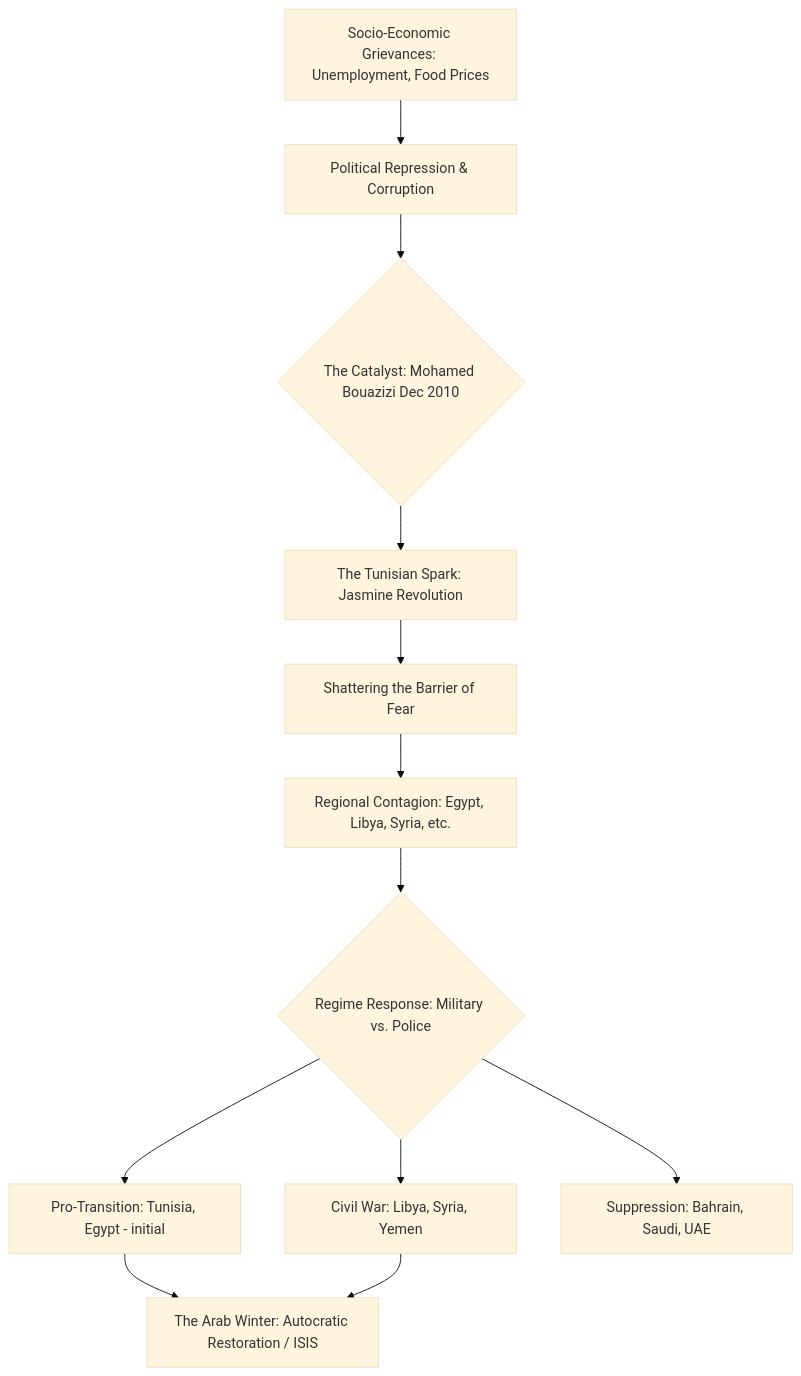
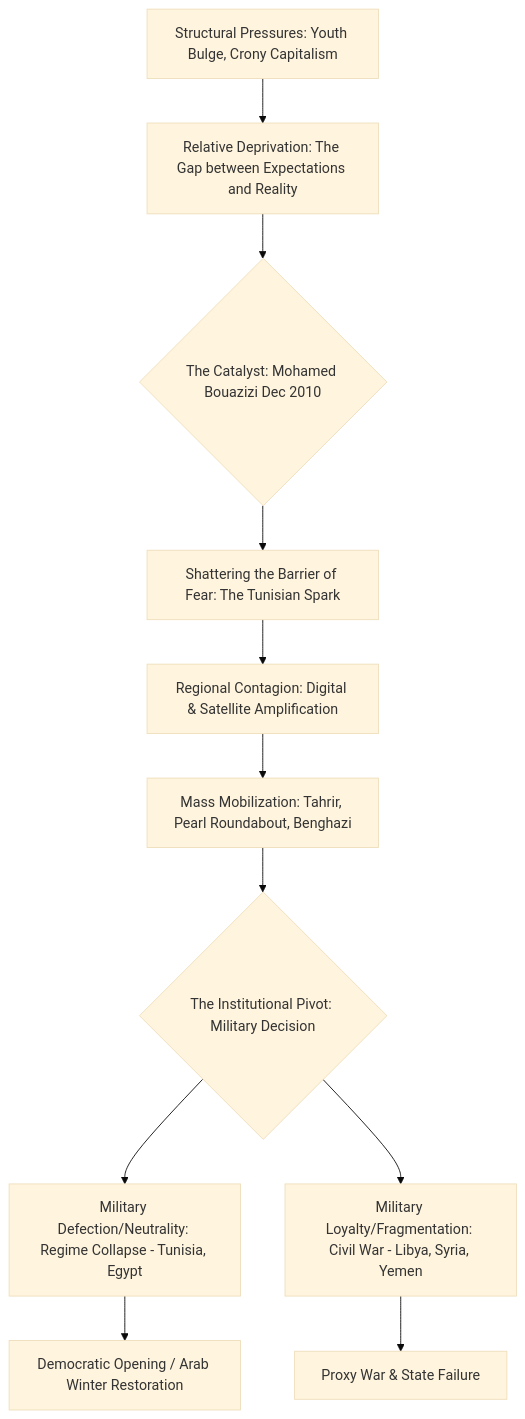
Before and after one commit to rayyan-41/de-anima: the diagram in History/Contemporary/HIST - The Arab Spring.md, drawn with Mermaid (base theme). The commit also changed other lines of this file and 3 other files, not shown here.

````diff
--- a/History/Contemporary/HIST - The Arab Spring.md
+++ b/History/Contemporary/HIST - The Arab Spring.md
@@ -38,14 +45,13 @@
 ```mermaid
 graph TD
-    A[Socio-Economic Grievances: Unemployment, Food Prices] --> B[Political Repression & Corruption]
+    A[Structural Pressures: Youth Bulge, Crony Capitalism] --> B[Relative Deprivation: The Gap between Expectations and Reality]
     B --> C{The Catalyst: Mohamed Bouazizi Dec 2010}
-    C --> D[The Tunisian Spark: Jasmine Revolution]
-    D --> E[Shattering the Barrier of Fear]
-    E --> F[Regional Contagion: Egypt, Libya, Syria, etc.]
-    F --> G{Regime Response: Military vs. Police}
-    G --> H[Pro-Transition: Tunisia, Egypt - initial]
-    G --> I[Civil War: Libya, Syria, Yemen]
-    G --> J[Suppression: Bahrain, Saudi, UAE]
-    H --> K[The Arab Winter: Autocratic Restoration / ISIS]
-    I --> K
+    C --> D[Shattering the Barrier of Fear: The Tunisian Spark]
+    D --> E[Regional Contagion: Digital & Satellite Amplification]
+    E --> F[Mass Mobilization: Tahrir, Pearl Roundabout, Benghazi]
+    F --> G{The Institutional Pivot: Military Decision}
+    G --> H[Military Defection/Neutrality: Regime Collapse - Tunisia, Egypt]
+    G --> I[Military Loyalty/Fragmentation: Civil War - Libya, Syria, Yemen]
+    H --> J[Democratic Opening / Arab Winter Restoration]
+    I --> K[Proxy War & State Failure]
 ```
````
